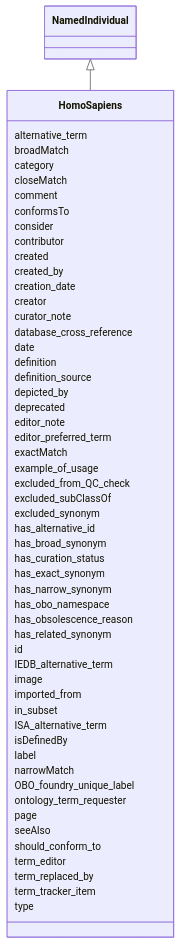
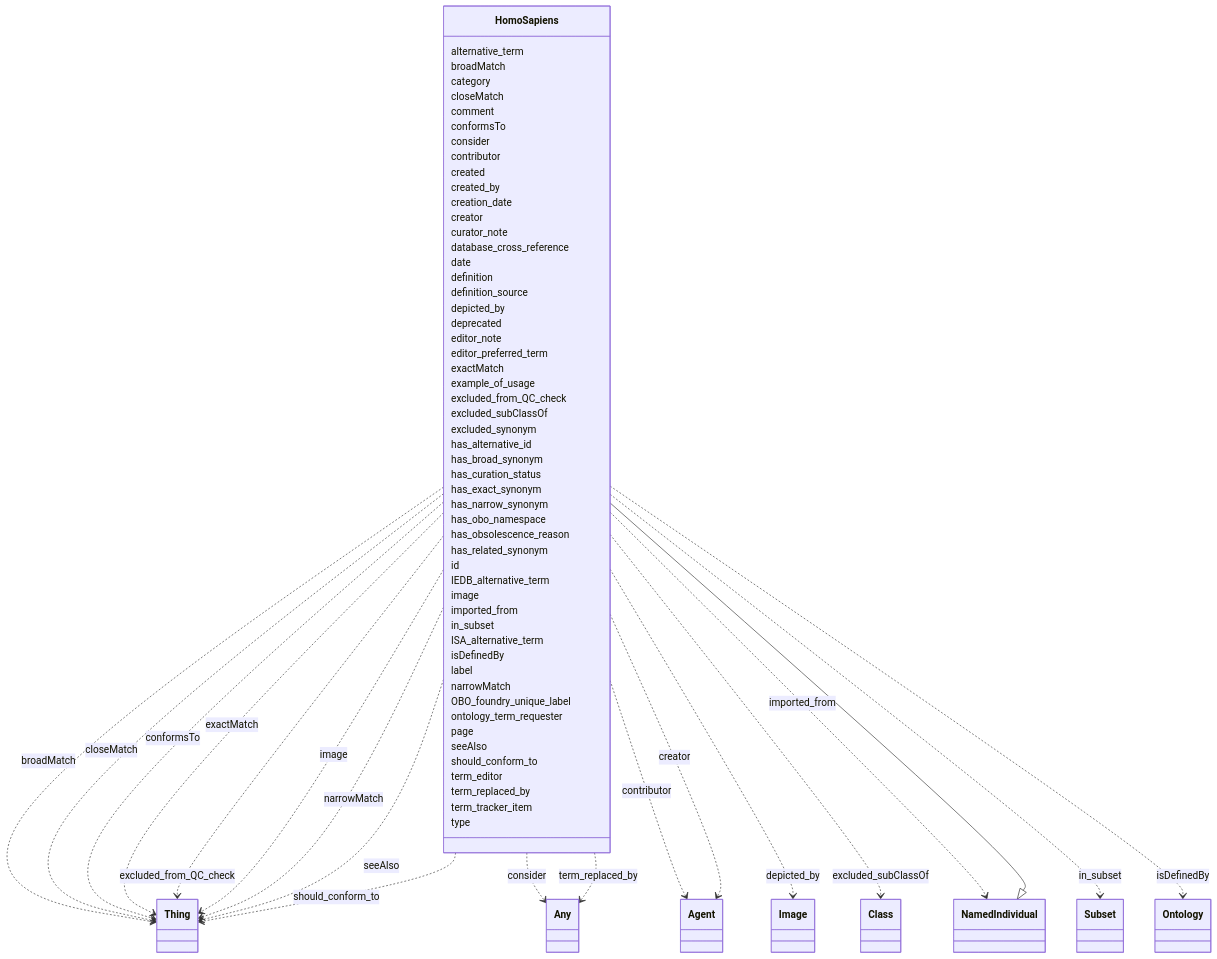
Before and after one commit to INCATools/ontology-access-kit: the diagram in ontology-metadata/HomoSapiens.md, drawn with Mermaid. The commit also changed other lines of this file and 1783 other files, not shown here.

````diff
--- a/ontology-metadata/HomoSapiens.md
+++ b/ontology-metadata/HomoSapiens.md
@@ -14,56 +14,144 @@
       NamedIndividual <|-- HomoSapiens
       
       HomoSapiens : alternative_term
+        
       HomoSapiens : broadMatch
+        
+          HomoSapiens ..> Thing : broadMatch
+        
       HomoSapiens : category
+        
       HomoSapiens : closeMatch
+        
+          HomoSapiens ..> Thing : closeMatch
+        
       HomoSapiens : comment
+        
       HomoSapiens : conformsTo
+        
+          HomoSapiens ..> Thing : conformsTo
+        
       HomoSapiens : consider
+        
+          HomoSapiens ..> Any : consider
+        
       HomoSapiens : contributor
+        
+          HomoSapiens ..> Agent : contributor
+        
       HomoSapiens : created
+        
       HomoSapiens : created_by
+        
       HomoSapiens : creation_date
+        
       HomoSapiens : creator
+        
+          HomoSapiens ..> Agent : creator
+        
       HomoSapiens : curator_note
+        
       HomoSapiens : database_cross_reference
+        
       HomoSapiens : date
+        
       HomoSapiens : definition
+        
       HomoSapiens : definition_source
+        
       HomoSapiens : depicted_by
+        
+          HomoSapiens ..> Image : depicted_by
+        
       HomoSapiens : deprecated
+        
       HomoSapiens : editor_note
+        
       HomoSapiens : editor_preferred_term
+        
       HomoSapiens : exactMatch
+        
+          HomoSapiens ..> Thing : exactMatch
+        
       HomoSapiens : example_of_usage
+        
       HomoSapiens : excluded_from_QC_check
+        
+          HomoSapiens ..> Thing : excluded_from_QC_check
+        
       HomoSapiens : excluded_subClassOf
+        
+          HomoSapiens ..> Class : excluded_subClassOf
+        
       HomoSapiens : excluded_synonym
+        
       HomoSapiens : has_alternative_id
+        
       HomoSapiens : has_broad_synonym
+        
       HomoSapiens : has_curation_status
+        
       HomoSapiens : has_exact_synonym
+        
       HomoSapiens : has_narrow_synonym
+        
       HomoSapiens : has_obo_namespace
+        
       HomoSapiens : has_obsolescence_reason
+        
       HomoSapiens : has_related_synonym
+        
       HomoSapiens : id
+        
       HomoSapiens : IEDB_alternative_term
+        
       HomoSapiens : image
+        
+          HomoSapiens ..> Thing : image
+        
       HomoSapiens : imported_from
+        
+          HomoSapiens ..> NamedIndividual : imported_from
+        
       HomoSapiens : in_subset
+        
+          HomoSapiens ..> Subset : in_subset
+        
       HomoSapiens : ISA_alternative_term
+        
       HomoSapiens : isDefinedBy
+        
+          HomoSapiens ..> Ontology : isDefinedBy
+        
       HomoSapiens : label
+        
       HomoSapiens : narrowMatch
+        
+          HomoSapiens ..> Thing : narrowMatch
+        
       HomoSapiens : OBO_foundry_unique_label
+        
       HomoSapiens : ontology_term_requester
+        
       HomoSapiens : page
+        
       HomoSapiens : seeAlso
+        
+          HomoSapiens ..> Thing : seeAlso
+        
       HomoSapiens : should_conform_to
+        
+          HomoSapiens ..> Thing : should_conform_to
+        
       HomoSapiens : term_editor
+        
       HomoSapiens : term_replaced_by
+        
+          HomoSapiens ..> Any : term_replaced_by
+        
       HomoSapiens : term_tracker_item
+        
       HomoSapiens : type
+        
       
 ```
````
